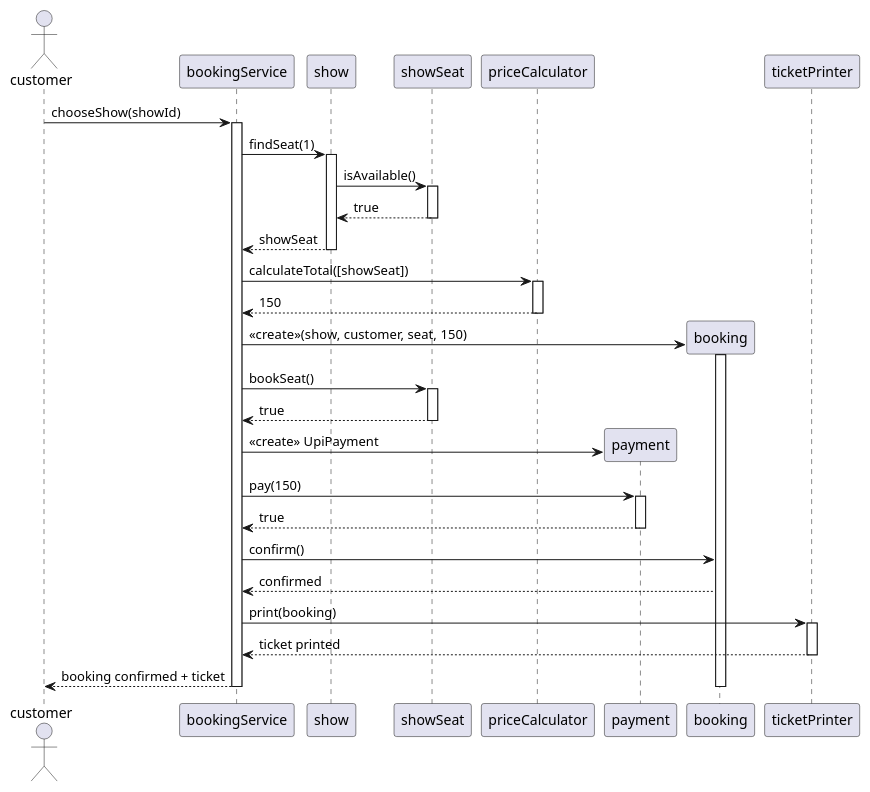
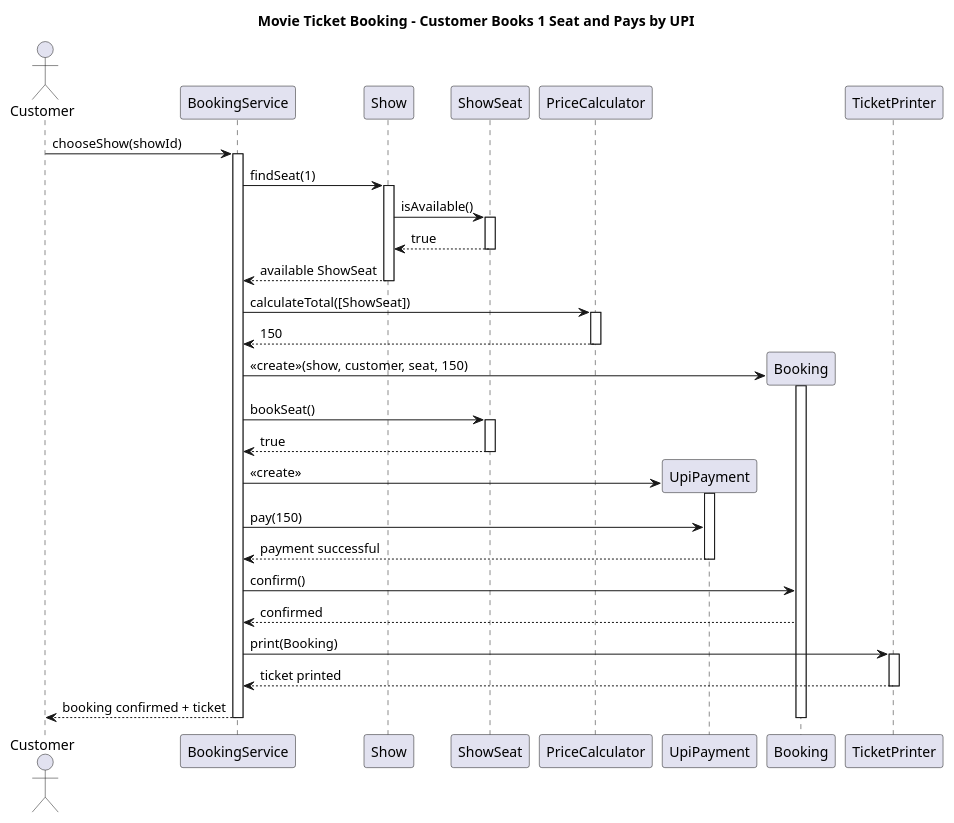
The diagram in docs/sequence-diagram.puml (akshitrawat46/MOVIE-TICKET-BOOKING-SYSTEM), drawn with PlantUML before and after one commit. The commit also changed 2 other files, not shown here.

Commit message:
Add UML class and sequence diagrams

```diff
--- a/docs/sequence-diagram.puml
+++ b/docs/sequence-diagram.puml
@@ -1,47 +1,60 @@
 @startuml
-actor customer
-participant bookingService
-participant show
-participant showSeat
-participant priceCalculator
-participant payment
-participant booking
-participant ticketPrinter
+skinparam shadowing false
 
-customer -> bookingService : chooseShow(showId)
-activate bookingService
-bookingService -> show : findSeat(1)
-activate show
-show -> showSeat : isAvailable()
-activate showSeat
-showSeat --> show : true
-deactivate showSeat
-show --> bookingService : showSeat
-deactivate show
-bookingService -> priceCalculator : calculateTotal([showSeat])
-activate priceCalculator
-priceCalculator --> bookingService : 150
-deactivate priceCalculator
-create booking
-bookingService -> booking : <<create>>(show, customer, seat, 150)
-activate booking
-bookingService -> showSeat : bookSeat()
-activate showSeat
-showSeat --> bookingService : true
-deactivate showSeat
-create payment
-bookingService -> payment : <<create>> UpiPayment
-bookingService -> payment : pay(150)
-activate payment
-payment --> bookingService : true
-deactivate payment
-bookingService -> booking : confirm()
-booking --> bookingService : confirmed
-bookingService -> ticketPrinter : print(booking)
-activate ticketPrinter
-ticketPrinter --> bookingService : ticket printed
-deactivate ticketPrinter
-bookingService --> customer : booking confirmed + ticket
-deactivate booking
-deactivate bookingService
+title Movie Ticket Booking - Customer Books 1 Seat and Pays by UPI
+
+actor Customer
+participant BookingService
+participant Show
+participant ShowSeat
+participant PriceCalculator
+participant UpiPayment
+participant Booking
+participant TicketPrinter
+
+Customer -> BookingService : chooseShow(showId)
+activate BookingService
+
+BookingService -> Show : findSeat(1)
+activate Show
+Show -> ShowSeat : isAvailable()
+activate ShowSeat
+ShowSeat --> Show : true
+deactivate ShowSeat
+Show --> BookingService : available ShowSeat
+deactivate Show
+
+BookingService -> PriceCalculator : calculateTotal([ShowSeat])
+activate PriceCalculator
+PriceCalculator --> BookingService : 150
+deactivate PriceCalculator
+
+create Booking
+BookingService -> Booking : <<create>>(show, customer, seat, 150)
+activate Booking
+
+BookingService -> ShowSeat : bookSeat()
+activate ShowSeat
+ShowSeat --> BookingService : true
+deactivate ShowSeat
+
+create UpiPayment
+BookingService -> UpiPayment : <<create>>
+activate UpiPayment
+BookingService -> UpiPayment : pay(150)
+UpiPayment --> BookingService : payment successful
+deactivate UpiPayment
+
+BookingService -> Booking : confirm()
+Booking --> BookingService : confirmed
+
+BookingService -> TicketPrinter : print(Booking)
+activate TicketPrinter
+TicketPrinter --> BookingService : ticket printed
+deactivate TicketPrinter
+
+BookingService --> Customer : booking confirmed + ticket
+
+deactivate Booking
+deactivate BookingService
 @enduml
```
